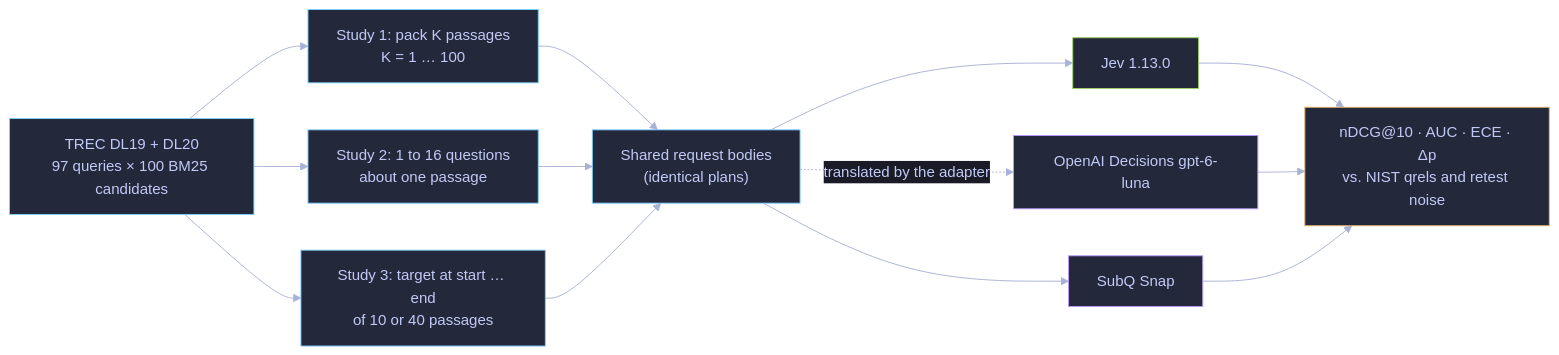
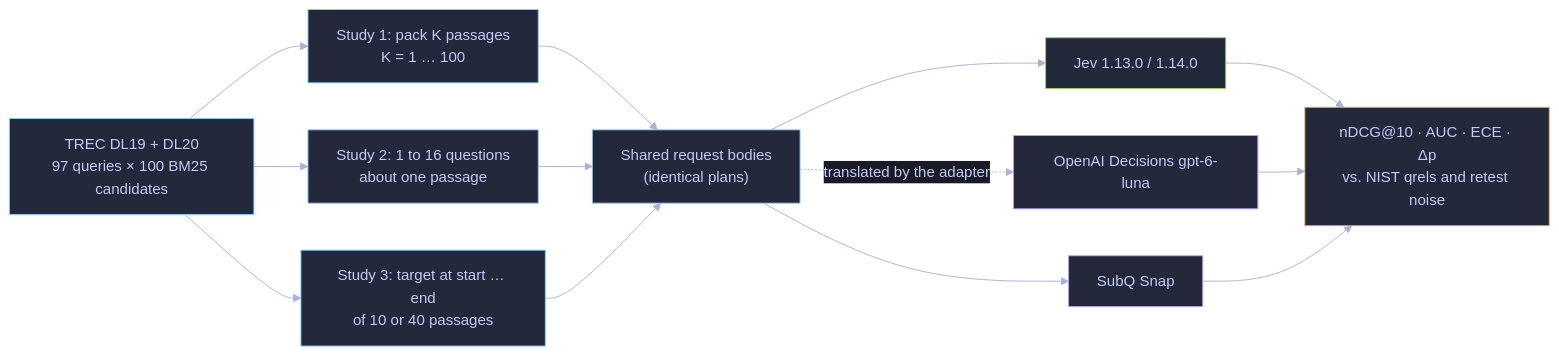
The diagram in experiments/request-shaping/README.md (dorkitude/decision-model-testing), drawn with Mermaid before and after one commit. The commit also changed other lines of this file and 43 other files, not shown here.

````diff
--- a/experiments/request-shaping/README.md
+++ b/experiments/request-shaping/README.md
@@ -29,25 +29,25 @@
 ```mermaid
 %%{init: {"theme": "base", "themeVariables": {"background": "#1a1b26", "primaryColor": "#24283b", "primaryTextColor": "#c0caf5", "textColor": "#c0caf5", "primaryBorderColor": "#7aa2f7", "lineColor": "#a9b1d6", "edgeLabelBackground": "#1a1b26"}}}%%
 flowchart LR
     T["TREC DL19 + DL20<br/>97 queries × 100 BM25 candidates"] --> S1["Study 1: pack K passages<br/>K = 1 … 100"]
     T --> S2["Study 2: 1 to 16 questions<br/>about one passage"]
     T --> S3["Study 3: target at start … end<br/>of 10 or 40 passages"]
     S1 --> B["Shared request bodies<br/>(identical plans)"]
     S2 --> B
     S3 --> B
-    B --> J["Jev 1.13.0"]
+    B --> J["Jev 1.13.0 / 1.14.0"]
     B -. "translated by the adapter" .-> D["OpenAI Decisions gpt-6-luna"]
     B --> Q["SubQ Snap"]
     J --> M["nDCG@10 · AUC · ECE · Δp<br/>vs. NIST qrels and retest noise"]
     D --> M
     Q --> M
     classDef shared fill:#24283b,stroke:#7dcfff,color:#c0caf5;
     classDef jev fill:#24283b,stroke:#9ece6a,color:#c0caf5;
     classDef decisions fill:#24283b,stroke:#bb9af7,color:#c0caf5;
     classDef score fill:#24283b,stroke:#e0af68,color:#c0caf5;
     class T,S1,S2,S3,B shared;
     class J jev;
     class D decisions;
     class Q decisions;
     class M score;
 ```
````
